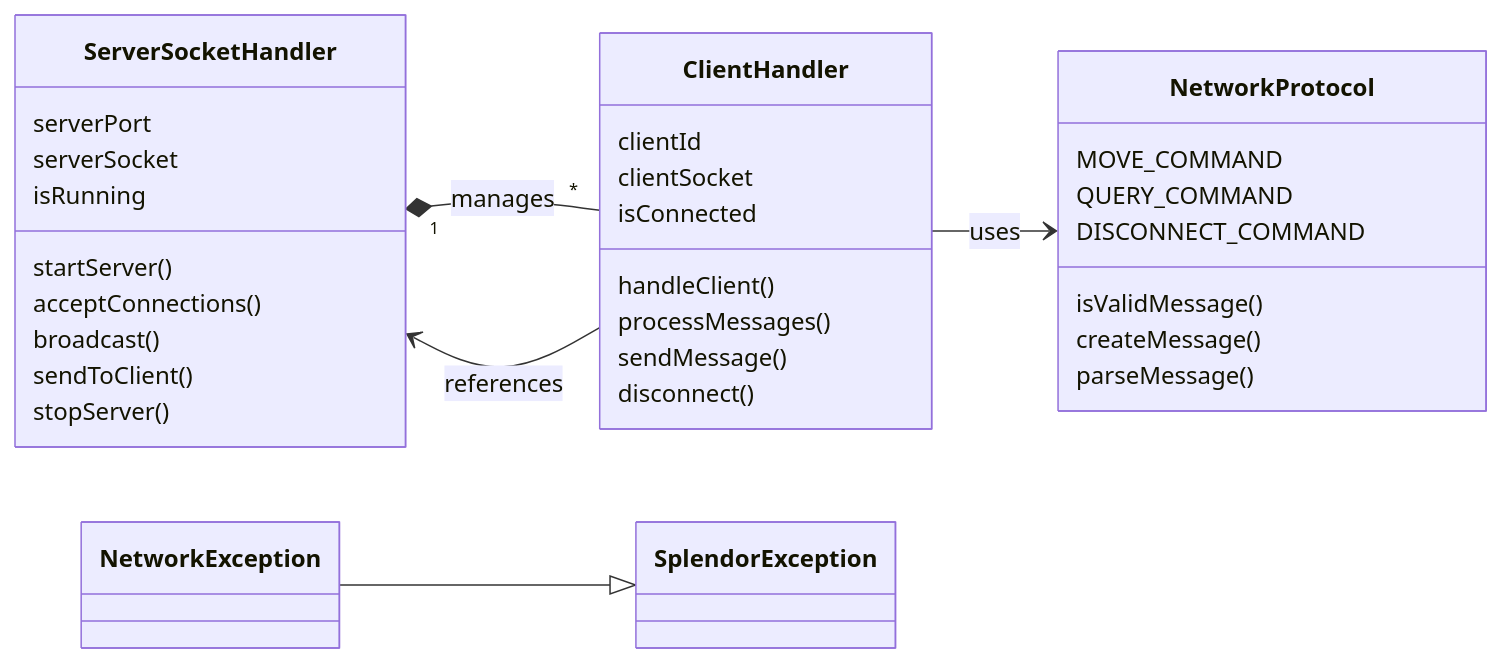
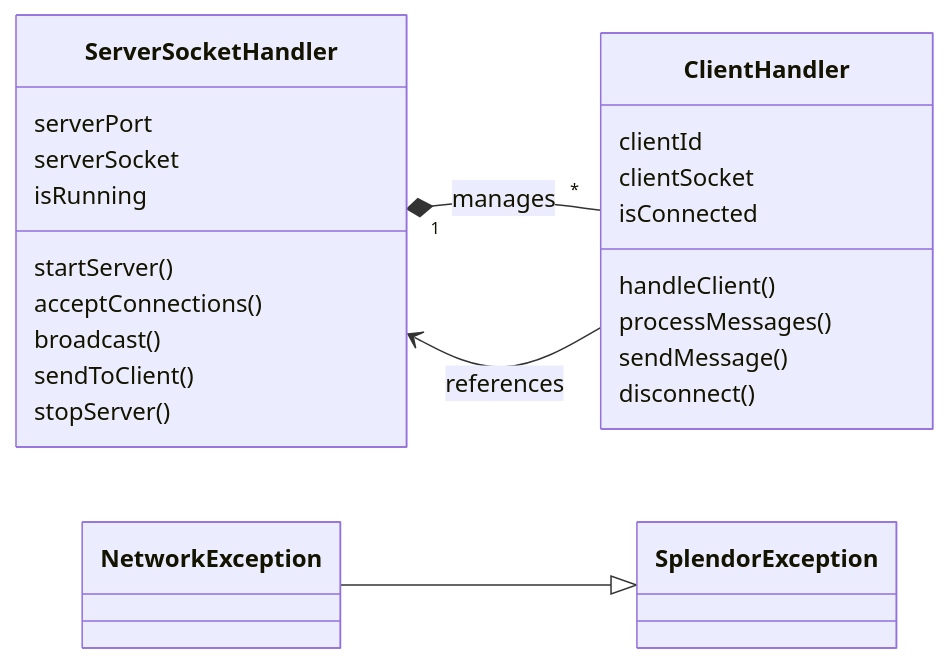
Before and after one commit to bryanseah234/playsplendor: the fifth of 7 diagrams in ALL.md, drawn with Mermaid. The commit also changed other lines of this file and 2 other files, not shown here.

````diff
--- a/ALL.md
+++ b/ALL.md
@@ -407,41 +412,31 @@
 ```mermaid
 classDiagram
     direction LR
     
     class ServerSocketHandler {
         serverPort
         serverSocket
         isRunning
         startServer()
         acceptConnections()
         broadcast()
         sendToClient()
         stopServer()
     }
     
     class ClientHandler {
         clientId
         clientSocket
         isConnected
         handleClient()
         processMessages()
         sendMessage()
         disconnect()
     }
     
-    class NetworkProtocol {
-        MOVE_COMMAND
-        QUERY_COMMAND
-        DISCONNECT_COMMAND
-        isValidMessage()
-        createMessage()
-        parseMessage()
-    }
-    
     class NetworkException
     
     ServerSocketHandler "1" *-- "*" ClientHandler : manages
     ClientHandler --> ServerSocketHandler : references
-    ClientHandler --> NetworkProtocol : uses
     NetworkException --|> SplendorException
 ```
````
